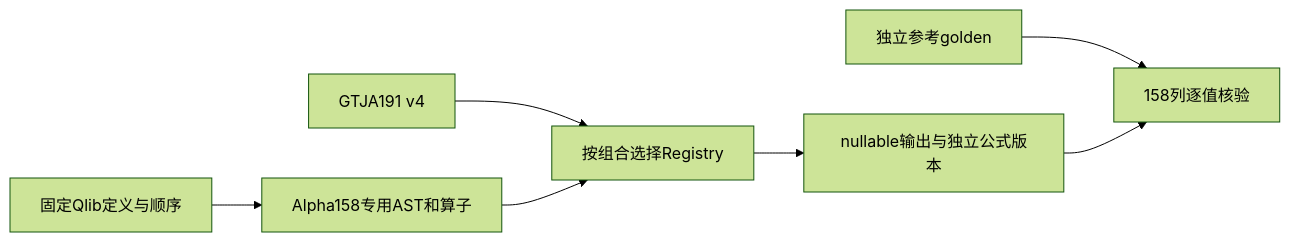
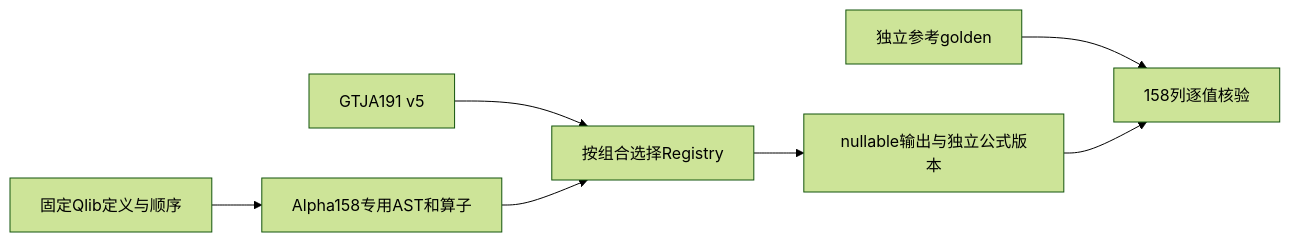
One commit to Dennishaha/JFQuant changed the third of 4 diagrams in crates/factor/README.md. Above: the diagram before and after it, drawn with Mermaid (forest theme). The commit also changed other lines of this file and 100 other files, not shown here.

````diff
--- a/crates/factor/README.md
+++ b/crates/factor/README.md
@@ -89,9 +95,9 @@
 ```mermaid
 flowchart LR
   P[固定Qlib定义与顺序] --> A[Alpha158专用AST和算子]
-  G[GTJA191 v4] --> R[按组合选择Registry]
+  G[GTJA191 v5] --> R[按组合选择Registry]
   A --> R
   R --> F[nullable输出与独立公式版本]
   O[独立参考golden] --> V[158列逐值核验]
   F --> V
 ```
````
